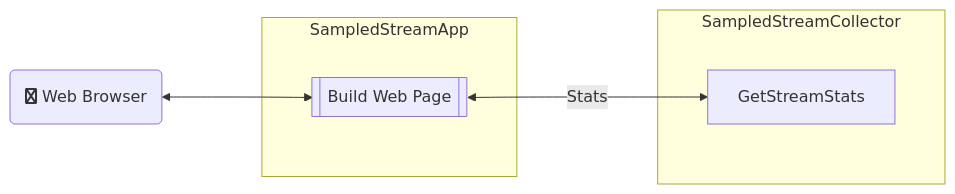
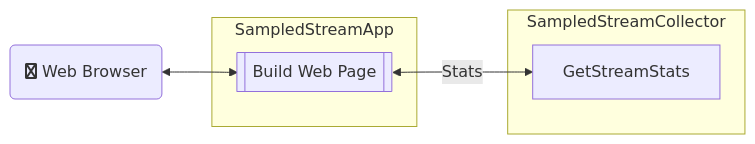
One commit to judcole/TMCodeChallenge changed the second of 2 diagrams in README.md. Above: the diagram before and after it, drawn with Mermaid. The commit also changed other lines of this file, not shown here.

````diff
--- a/README.md
+++ b/README.md
@@ -184,12 +196,11 @@
 ```mermaid
-%%{init: {'theme': 'default', "flowchart" : { "diagramPadding": "8", "nodeSpacing": "100", "rankSpacing": "100" } } }%%
 flowchart LR
   A("fa:fa-firefox Web Browser") <--> AA
   subgraph SampledStreamApp
     AA(Main)
   end
   AA[[Build Web Page]] <-->|Stats| PA
   subgraph SampledStreamCollector
     PA[GetStreamStats]
   end
 ```
````
